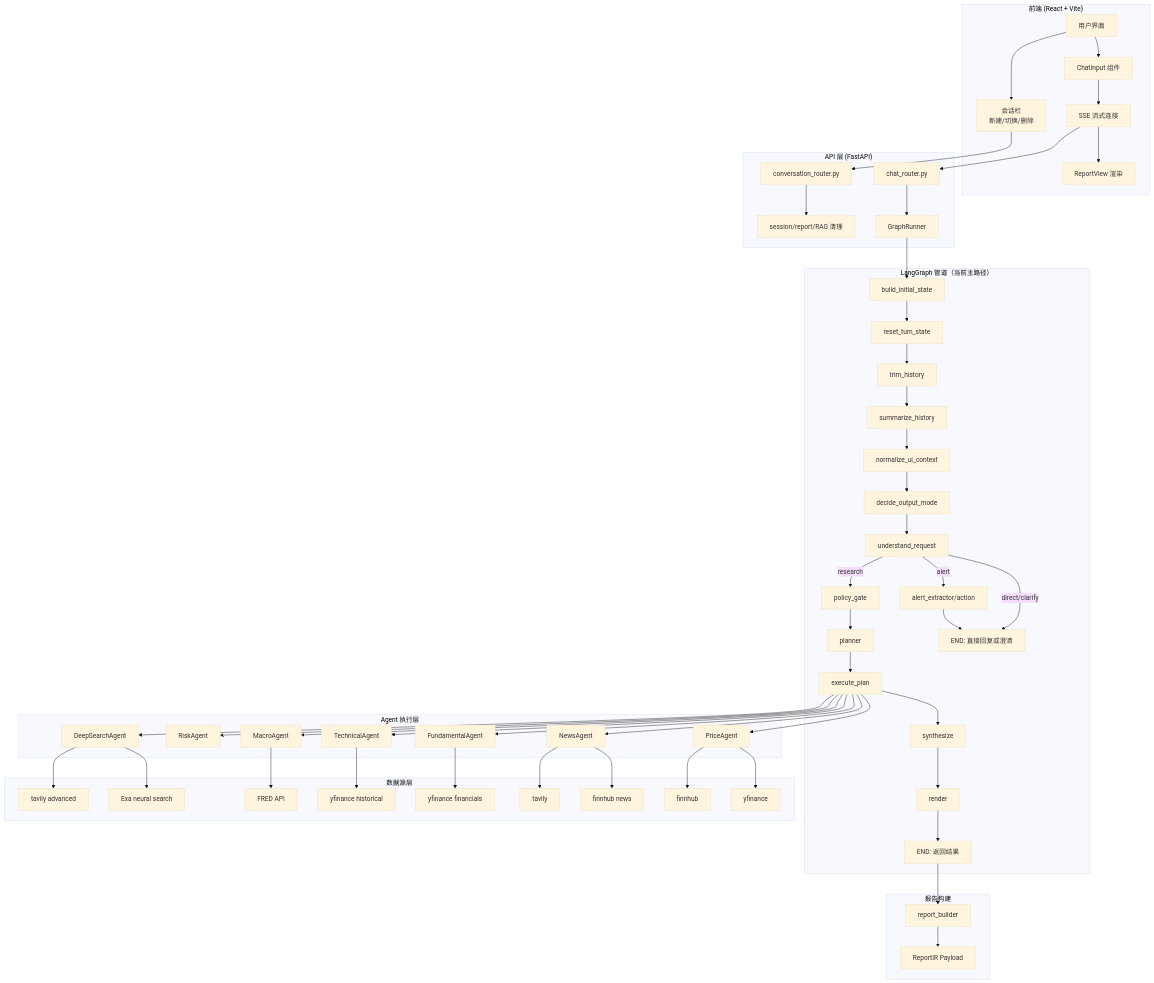
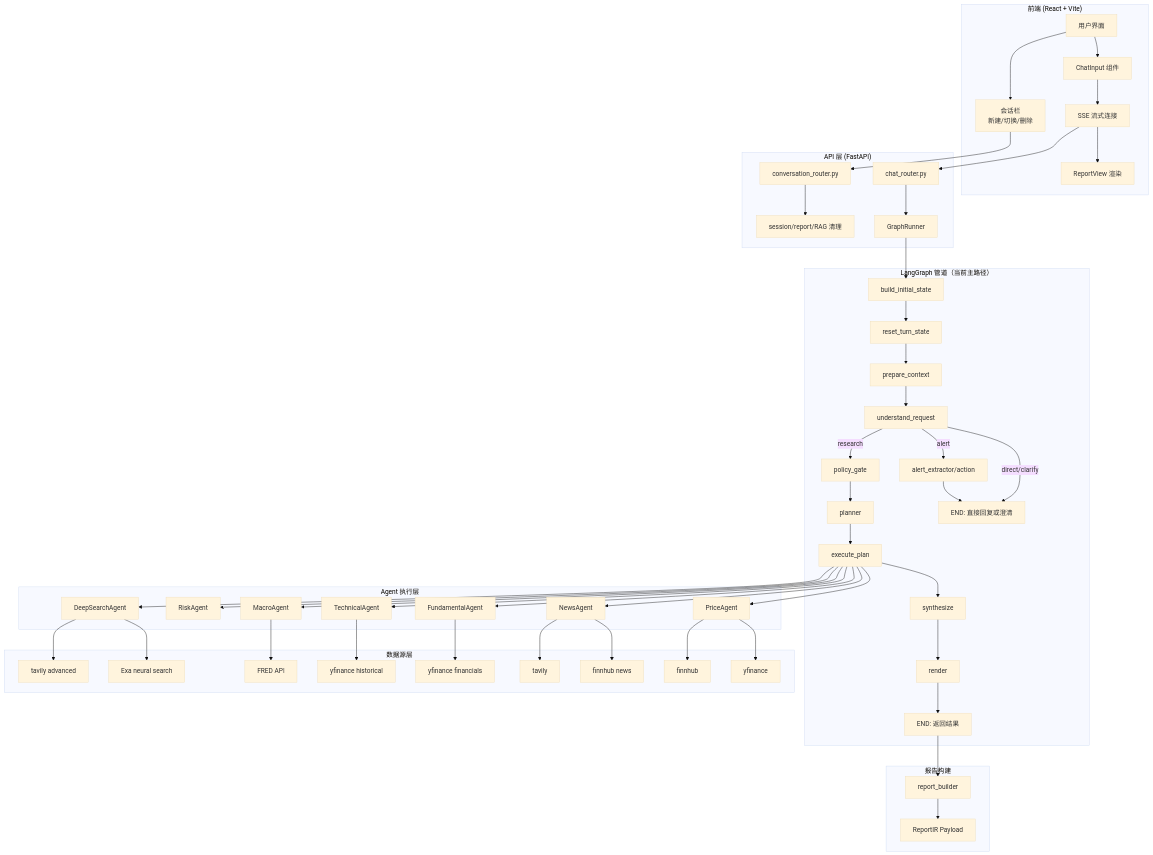
One commit to kkkano/FinSight changed the first of 24 diagrams in docs/LANGGRAPH_PIPELINE_DEEP_DIVE.md. Above: the diagram before and after it, drawn with Mermaid (base theme). The commit also changed other lines of this file and 13 other files, not shown here.

Commit message:
docs: finalize request understanding architecture

````diff
--- a/docs/LANGGRAPH_PIPELINE_DEEP_DIVE.md
+++ b/docs/LANGGRAPH_PIPELINE_DEEP_DIVE.md
@@ -28,62 +28,59 @@
 ```mermaid
 graph TB
     subgraph "前端 (React + Vite)"
         UI[用户界面] --> ChatInput[ChatInput 组件]
         UI --> ConversationRail[会话栏<br/>新建/切换/删除]
         ChatInput --> SSE[SSE 流式连接]
         SSE --> ReportView[ReportView 渲染]
     end
 
     subgraph "API 层 (FastAPI)"
         SSE --> ChatRouter[chat_router.py]
         ConversationRail --> ConversationRouter[conversation_router.py]
         ChatRouter --> GraphRunner[GraphRunner]
         ConversationRouter --> Cleanup[session/report/RAG 清理]
     end
 
     subgraph "LangGraph 管道（当前主路径）"
         GraphRunner --> N1[build_initial_state]
         N1 --> N2[reset_turn_state]
-        N2 --> N3[trim_history]
-        N3 --> N4[summarize_history]
-        N4 --> N5[normalize_ui_context]
-        N5 --> N6[decide_output_mode]
-        N6 --> N7[understand_request]
+        N2 --> N3[prepare_context]
+        N3 --> N7[understand_request]
         N7 -->|direct/clarify| END1[END: 直接回复或澄清]
         N7 -->|alert| ALERT[alert_extractor/action]
         ALERT --> END1
         N7 -->|research| N8[policy_gate]
         N8 --> N9[planner]
         N9 --> N10[execute_plan]
         N10 --> N11[synthesize]
         N11 --> N12[render]
         N12 --> END2[END: 返回结果]
     end
 
     subgraph "Agent 执行层"
         N10 --> PA[PriceAgent]
         N10 --> NA[NewsAgent]
         N10 --> FA[FundamentalAgent]
         N10 --> TA[TechnicalAgent]
         N10 --> MA[MacroAgent]
         N10 --> RA[RiskAgent]
         N10 --> DA[DeepSearchAgent]
     end
 
     subgraph "数据源层"
         PA --> YF[yfinance]
         PA --> FH[finnhub]
         NA --> FH2[finnhub news]
         NA --> TV[tavily]
         FA --> YF2[yfinance financials]
         TA --> YF3[yfinance historical]
         MA --> FRED[FRED API]
         DA --> EXA[Exa neural search]
         DA --> TV2[tavily advanced]
     end
 
     subgraph "报告构建"
         END2 --> RB[report_builder]
         RB --> Payload[ReportIR Payload]
     end
 ```
````
